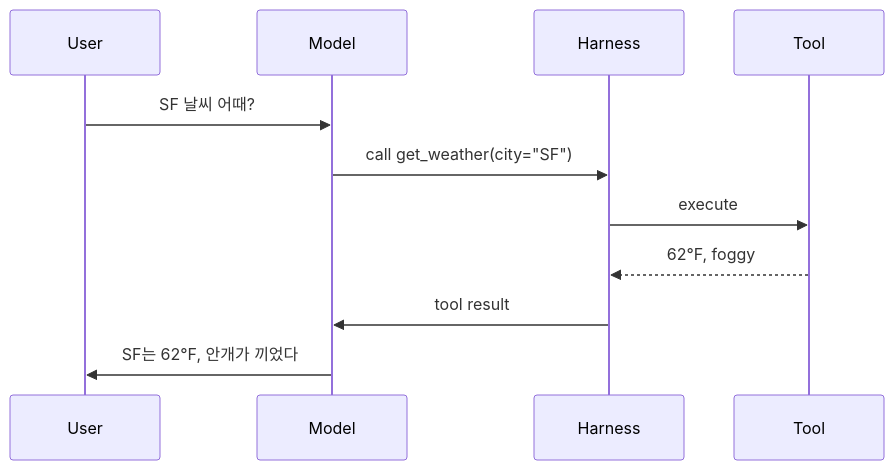
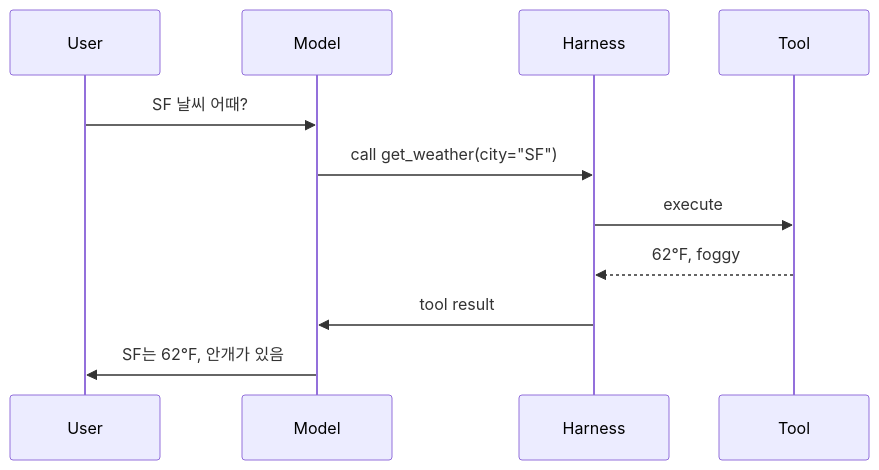
The third of 8 diagrams in docs/slides/deck.md (JISUlicious/latest-agents), drawn with Mermaid before and after one commit. The commit also changed other lines of this file, not shown here.

````diff
--- a/docs/slides/deck.md
+++ b/docs/slides/deck.md
@@ -284,13 +282,13 @@
 ```mermaid
 sequenceDiagram
     participant User
     participant Model
     participant Harness
     participant Tool
     User->>Model: SF 날씨 어때?
     Model->>Harness: call get_weather(city="SF")
     Harness->>Tool: execute
     Tool-->>Harness: 62°F, foggy
     Harness->>Model: tool result
-    Model->>User: SF는 62°F, 안개가 끼었다
+    Model->>User: SF는 62°F, 안개가 있음
 ```
````
